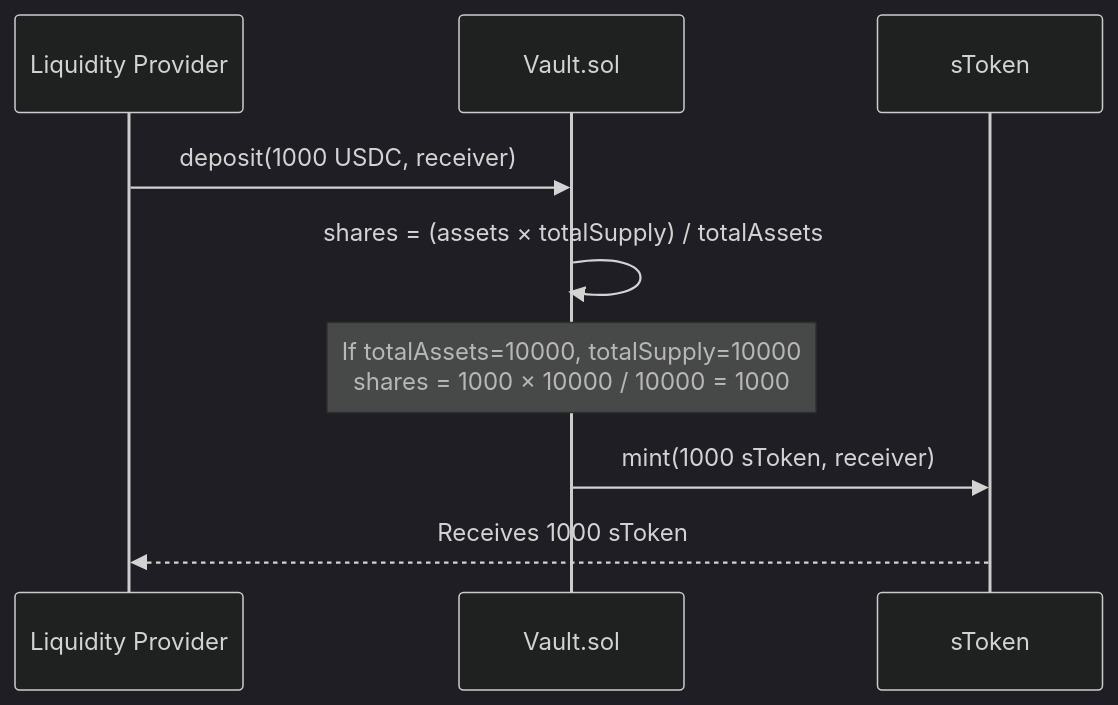
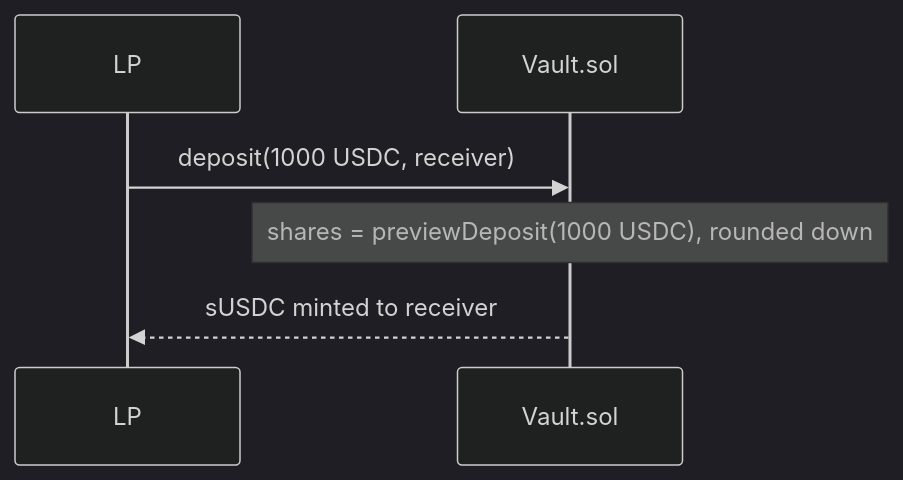
Before and after one commit to GushALKDev/evm-synthetic-trading-protocol: the first of 4 diagrams in docs/07-vault-ssl.md, drawn with Mermaid (dark theme). The commit also changed other lines of this file, not shown here.

First line of the commit message:
Align the vault and solvency guide with the contracts

````diff
--- a/docs/07-vault-ssl.md
+++ b/docs/07-vault-ssl.md
@@ -35,12 +37,8 @@
 ```mermaid
 sequenceDiagram
-    participant LP as Liquidity Provider
+    participant LP
     participant Vault as Vault.sol
-    participant sToken as sToken
-
     LP->>Vault: deposit(1000 USDC, receiver)
-    Vault->>Vault: shares = (assets × totalSupply) / totalAssets
-    Note over Vault: If totalAssets=10000, totalSupply=10000<br/>shares = 1000 × 10000 / 10000 = 1000
-    Vault->>sToken: mint(1000 sToken, receiver)
-    sToken-->>LP: Receives 1000 sToken
+    Note over Vault: shares = previewDeposit(1000 USDC), rounded down
+    Vault-->>LP: sUSDC minted to receiver
 ```
````
